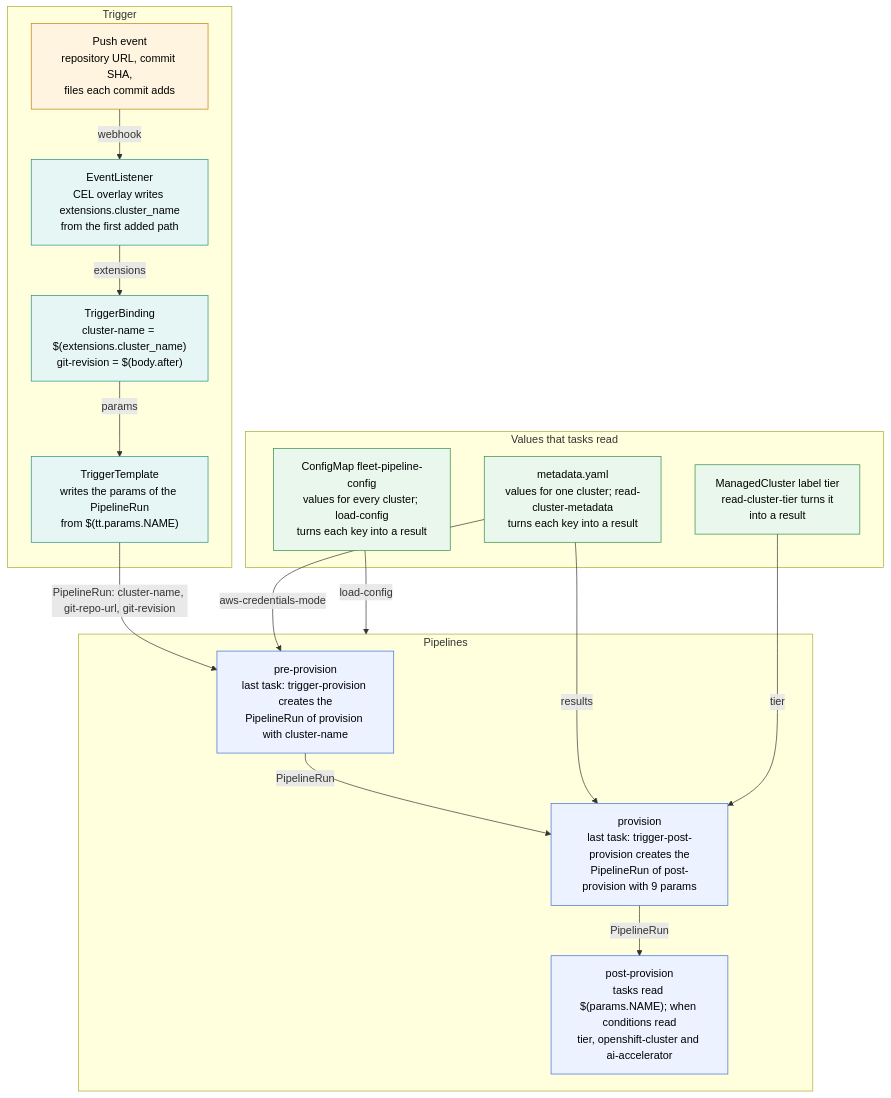
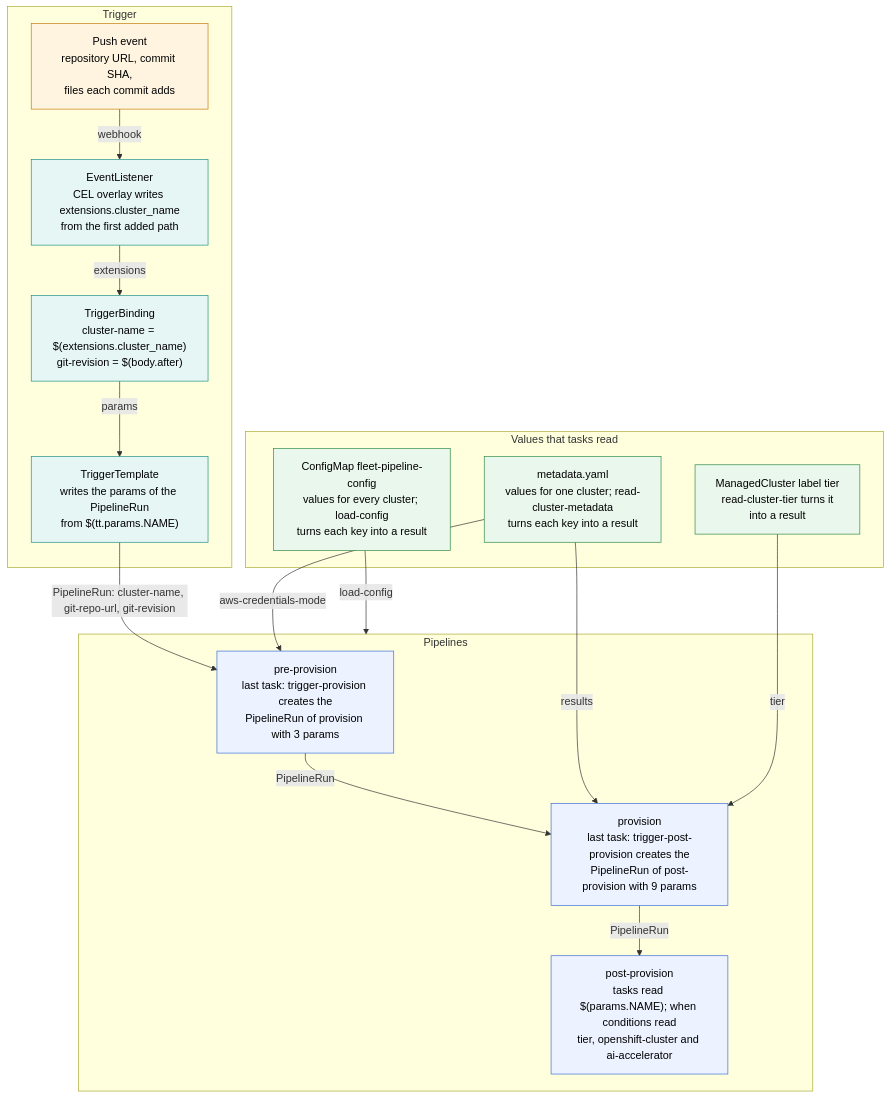
One commit to redhat-openshift-partner-labs/fleet changed the diagram in docs/diagrams/value-flow.mermaid. Above: the diagram before and after it, drawn with Mermaid. The commit also changed 17 other files, not shown here.

First line of the commit message:
fix(provision): clone the commit that pre-provision cloned

```diff
--- a/docs/diagrams/value-flow.mermaid
+++ b/docs/diagrams/value-flow.mermaid
@@ -1,44 +1,44 @@
 %% Rule: Tekton passes no value implicitly; every hop names the value it passes
 %% Results: a pipeline reads the result of a task as $(tasks.TASK.results.NAME)
 %% Override: a pipeline parameter that differs from the built-in default of load-config wins over the ConfigMap
 %% Limit: a post-provision run started through the EventListener gets cluster-name, tier and dns-zones only
 flowchart TB
     subgraph Trigger["Trigger"]
         Push["Push event<br/>repository URL, commit SHA,<br/>files each commit adds"]
         EL["EventListener<br/>CEL overlay writes extensions.cluster_name<br/>from the first added path"]
         TB["TriggerBinding<br/>cluster-name = $(extensions.cluster_name)<br/>git-revision = $(body.after)"]
         TT["TriggerTemplate<br/>writes the params of the PipelineRun<br/>from $(tt.params.NAME)"]
     end
 
     subgraph Pipelines["Pipelines"]
-        Pre["pre-provision<br/>last task: trigger-provision creates the<br/>PipelineRun of provision with cluster-name"]
+        Pre["pre-provision<br/>last task: trigger-provision creates the<br/>PipelineRun of provision with 3 params"]
         Prov["provision<br/>last task: trigger-post-provision creates the<br/>PipelineRun of post-provision with 9 params"]
         Post["post-provision<br/>tasks read $(params.NAME); when conditions read<br/>tier, openshift-cluster and ai-accelerator"]
     end
 
     subgraph Values["Values that tasks read"]
         Config["ConfigMap fleet-pipeline-config<br/>values for every cluster; load-config<br/>turns each key into a result"]
         Meta["metadata.yaml<br/>values for one cluster; read-cluster-metadata<br/>turns each key into a result"]
         Label["ManagedCluster label tier<br/>read-cluster-tier turns it<br/>into a result"]
     end
 
     Push -->|webhook| EL
     EL -->|extensions| TB
     TB -->|params| TT
     TT -->|PipelineRun: cluster-name, git-repo-url, git-revision| Pre
     Pre -->|PipelineRun| Prov
     Prov -->|PipelineRun| Post
     Config -->|load-config| Pipelines
     Meta -->|aws-credentials-mode| Pre
     Meta -->|results| Prov
     Label -->|tier| Prov
 
     classDef gate fill:#fff4e0,stroke:#c27c0e,color:#000
     classDef src fill:#e6f6f4,stroke:#1f8f84,color:#000
     classDef core fill:#ecf2ff,stroke:#3b6fd8,color:#000
     classDef store fill:#eaf7ec,stroke:#2e8b46,color:#000
 
     class Push gate
     class EL,TB,TT src
     class Pre,Prov,Post core
     class Config,Meta,Label store
```
